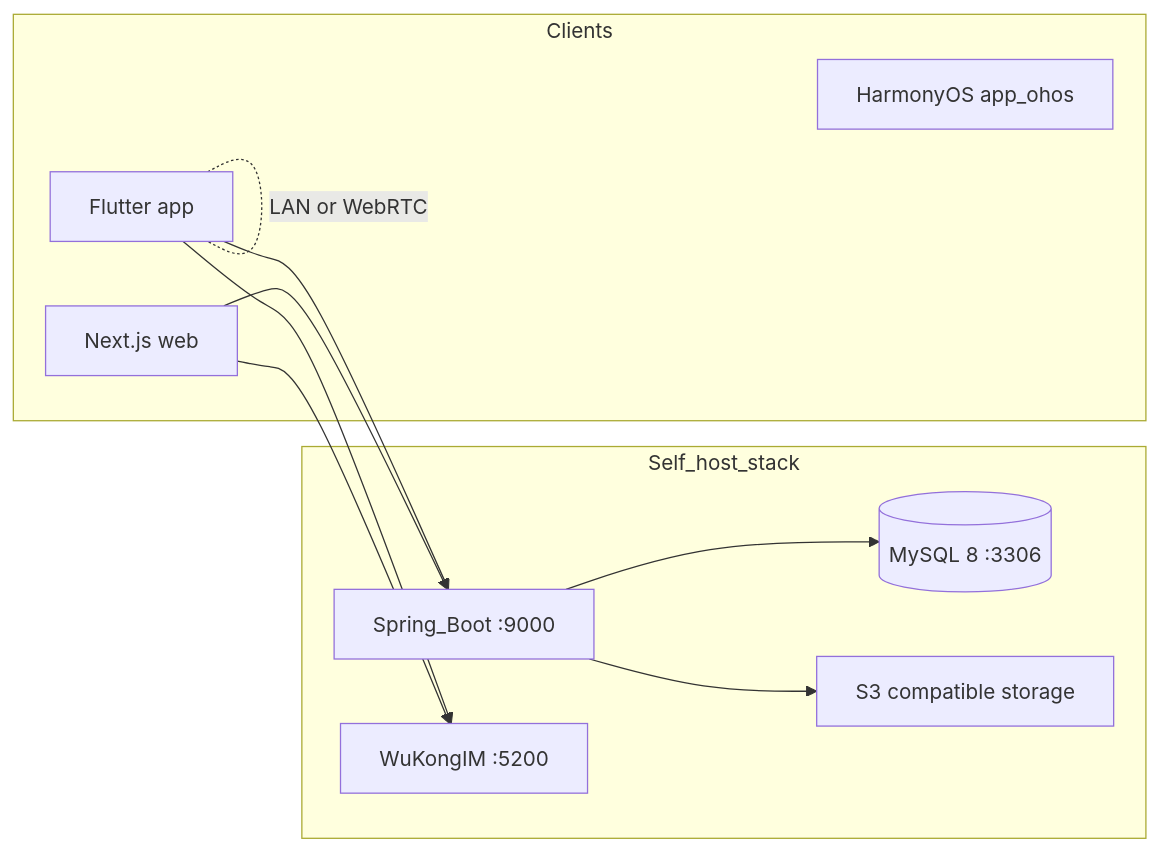
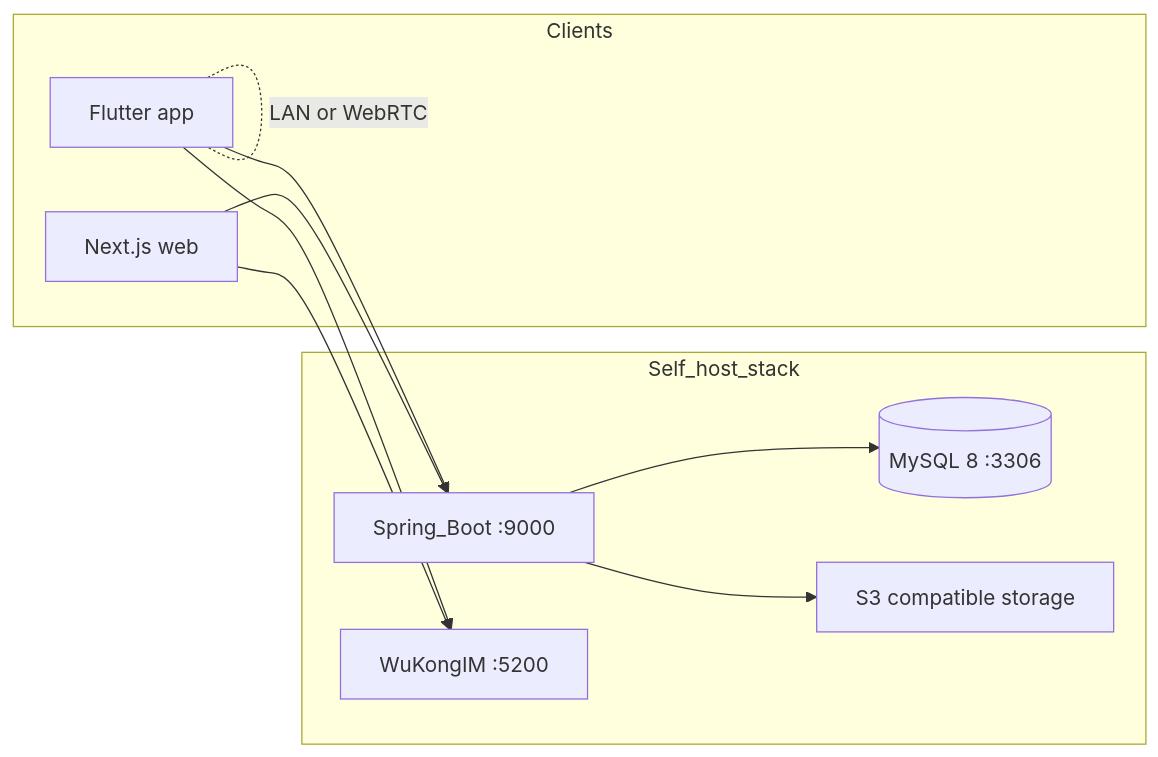
Before and after one commit to shenshangshang/shrimpsend: the diagram in README.md, drawn with Mermaid. The commit also changed other lines of this file and 64 other files, not shown here.

Commit message:
Add HarmonyOS as a Flutter ohos target and freeze the ArkTS client.

````diff
--- a/README.md
+++ b/README.md
@@ -82,21 +82,20 @@
 ```mermaid
 flowchart LR
   subgraph clients [Clients]
     Flutter[Flutter app]
     Web[Next.js web]
-    OHOS[HarmonyOS app_ohos]
   end
   subgraph server [Self_host_stack]
     API[Spring_Boot :9000]
     RT[WuKongIM :5200]
     DB[(MySQL 8 :3306)]
     S3[S3 compatible storage]
   end
   Flutter --> API
   Web --> API
   Flutter --> RT
   Web --> RT
   API --> DB
   API --> S3
   Flutter -. LAN or WebRTC .- Flutter
 ```
````
